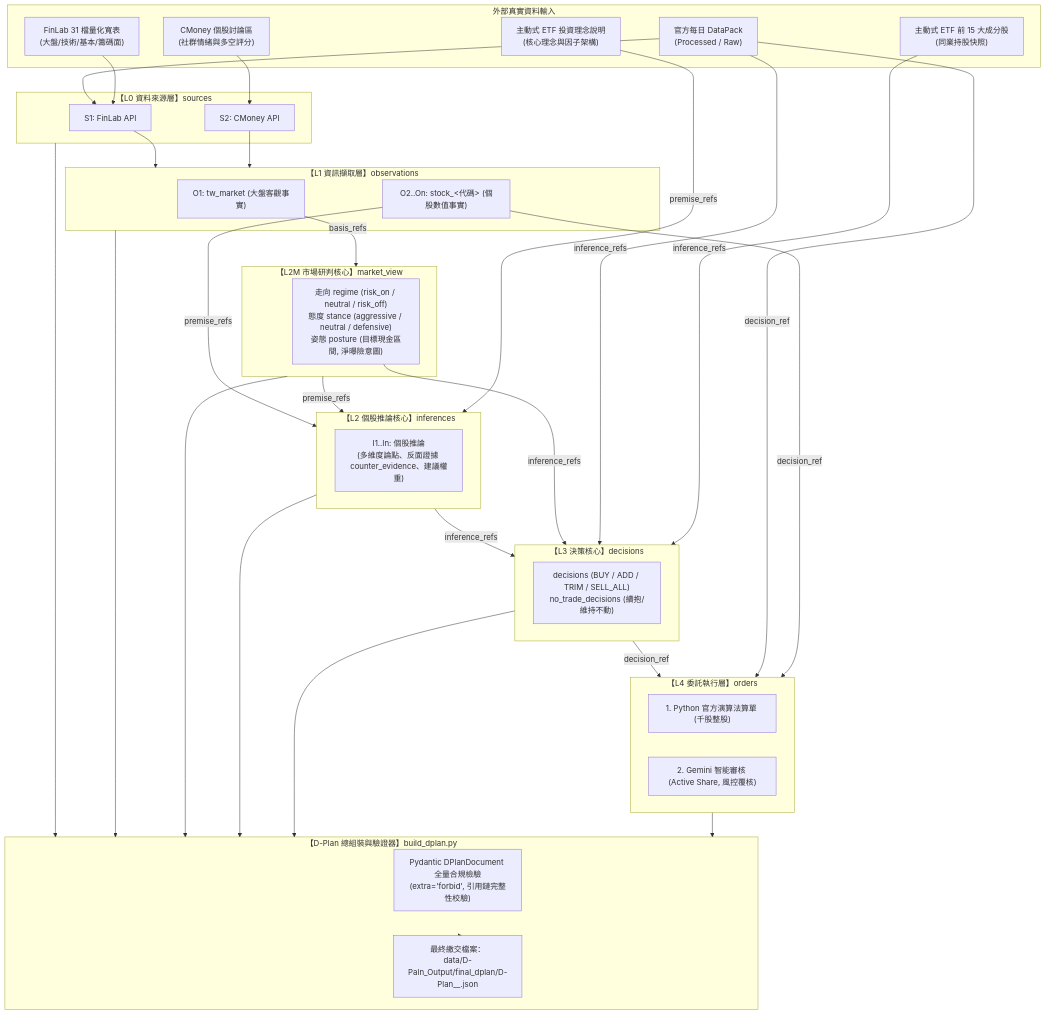
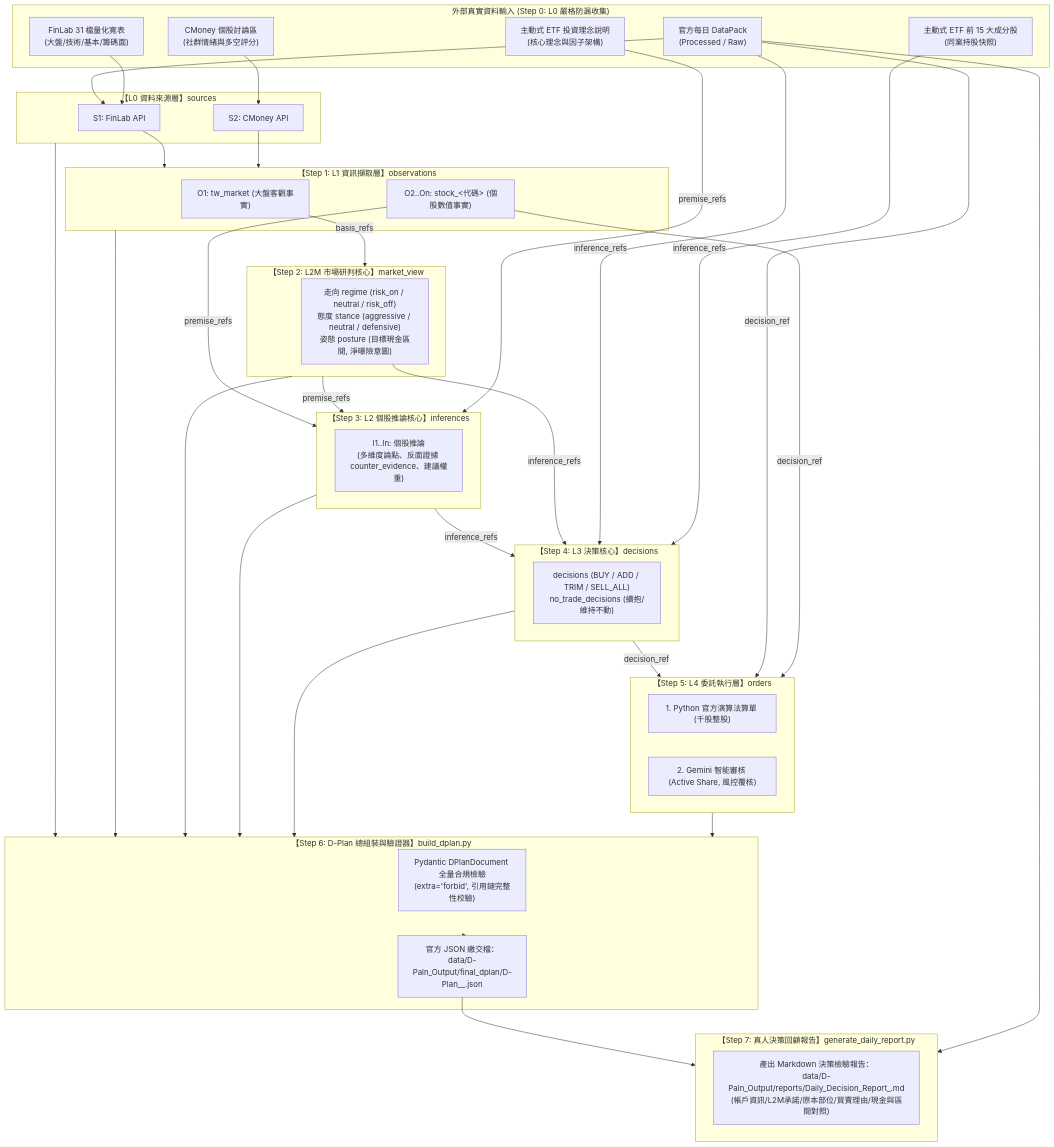
Before and after one commit to codyliao0327/esun-ai-cup-2026: the diagram in README.md, drawn with Mermaid. The commit also changed other lines of this file, not shown here.

````diff
--- a/README.md
+++ b/README.md
@@ -37,53 +39,58 @@
 ```mermaid
 flowchart TD
-    subgraph Data_Inputs["外部真實資料輸入"]
+    subgraph Data_Inputs["外部真實資料輸入 (Step 0: L0 嚴格防漏收集)"]
         DP["官方每日 DataPack\n(Processed / Raw)"]
         FL["FinLab 31 檔量化寬表\n(大盤/技術/基本/籌碼面)"]
         CM["CMoney 個股討論區\n(社群情緒與多空評分)"]
         ETF_H["主動式 ETF 前 15 大成分股\n(同業持股快照)"]
         ETF_S["主動式 ETF 投資理念說明\n(核心理念與因子架構)"]
     end
 
     subgraph L0["【L0 資料來源層】sources"]
         S1["S1: FinLab API"]
         S2["S2: CMoney API"]
     end
 
-    subgraph L1["【L1 資訊擷取層】observations"]
+    subgraph L1["【Step 1: L1 資訊擷取層】observations"]
         O_MKT["O1: tw_market (大盤客觀事實)"]
         O_STK["O2..On: stock_<代碼> (個股數值事實)"]
     end
 
-    subgraph L2M["【L2M 市場研判核心】market_view"]
+    subgraph L2M["【Step 2: L2M 市場研判核心】market_view"]
         MV["走向 regime (risk_on / neutral / risk_off)\n態度 stance (aggressive / neutral / defensive)\n姿態 posture (目標現金區間, 淨曝險意圖)"]
     end
 
-    subgraph L2["【L2 個股推論核心】inferences"]
+    subgraph L2["【Step 3: L2 個股推論核心】inferences"]
         INF["I1..In: 個股推論\n(多維度論點、反面證據 counter_evidence、建議權重)"]
     end
 
-    subgraph L3["【L3 決策核心】decisions"]
+    subgraph L3["【Step 4: L3 決策核心】decisions"]
         DEC["decisions (BUY / ADD / TRIM / SELL_ALL)\nno_trade_decisions (續抱/維持不動)"]
     end
 
-    subgraph L4["【L4 委託執行層】orders"]
+    subgraph L4["【Step 5: L4 委託執行層】orders"]
         ORD_PY["1. Python 官方演算法算單 (千股整股)"]
         ORD_LLM["2. Gemini 智能審核 (Active Share, 風控覆核)"]
     end
 
-    subgraph Assembler["【D-Plan 總組裝與驗證器】build_dplan.py"]
+    subgraph Assembler["【Step 6: D-Plan 總組裝與驗證器】build_dplan.py"]
         VAL["Pydantic DPlanDocument 全量合規檢驗\n(extra='forbid', 引用鏈完整性校驗)"]
-        OUT["最終繳交檔案：\ndata/D-Paln_Output/final_dplan/D-Plan_<team_id>_<trade_date>.json"]
+        OUT["官方 JSON 繳交檔：\ndata/D-Paln_Output/final_dplan/D-Plan_<team_id>_<trade_date>.json"]
+    end
+
+    subgraph ReviewReport["【Step 7: 真人決策回顧報告】generate_daily_report.py"]
+        REP["產出 Markdown 決策檢驗報告：\ndata/D-Paln_Output/reports/Daily_Decision_Report_<YYYYMMDD>.md\n(帳戶資訊/L2M承諾/原本部位/買賣理由/現金與區間對照)"]
     end
 
     DP --> S1
     FL --> S1
     CM --> S2
     S1 & S2 --> L1
     O_MKT -->|basis_refs| L2M
     O_STK & L2M & ETF_S -->|premise_refs| L2
     L2 & MV & DP & ETF_H -->|inference_refs| L3
     L3 & DP & O_STK -->|decision_ref| L4
     L0 & L1 & L2M & L2 & L3 & L4 --> Assembler
     Assembler --> OUT
+    OUT & DP --> ReviewReport
 ```
````
